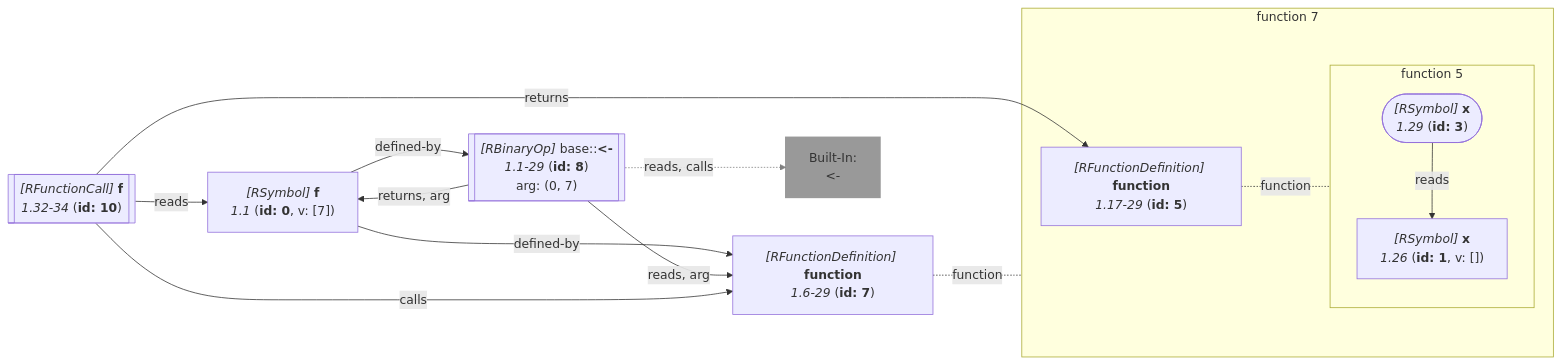
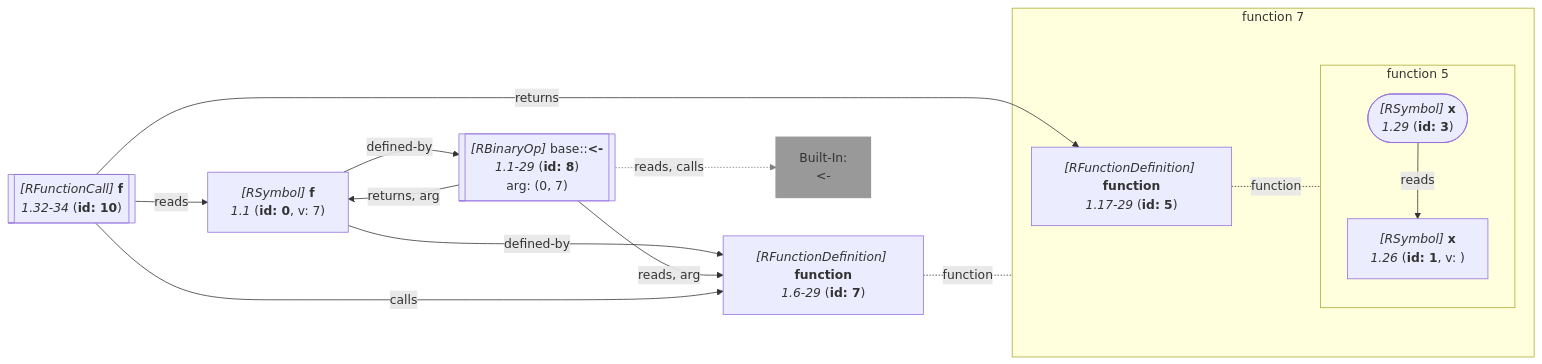
One commit to flowr-analysis/flowr changed diagram 14 of 21 in wiki/Query API.md. Above: the diagram before and after it, drawn with Mermaid. The commit also changed other lines of this file and 36 other files, not shown here.

````diff
--- a/wiki/Query API.md
+++ b/wiki/Query API.md
@@ -5002,52 +5049,52 @@
 ```mermaid
 flowchart LR
     7["`*#91;RFunctionDefinition#93;* **function**
       *1.6-29* (**id: 7**)`"]
 
 subgraph "flow-7" [function 7]
     %% Environment of 5 [level: 1]:
     %% Built-in
-    %% 1075----------------------------------------
-    %% 1076----------------------------------------
+    %% 2551----------------------------------------
+    %% 2552----------------------------------------
     5["`*#91;RFunctionDefinition#93;* **function**
       *1.17-29* (**id: 5**)`"]
 
 subgraph "flow-5" [function 5]
     1["`*#91;RSymbol#93;* **x**
-      *1.26* (**id: 1**, v: [])`"]
+      *1.26* (**id: 1**, v: )`"]
    %% No edges found for 1
     3(["`*#91;RSymbol#93;* **x**
       *1.29* (**id: 3**)`"])
 end
    %% No edges found for 5
 end
    %% No edges found for 7
     0["`*#91;RSymbol#93;* **f**
-      *1.1* (**id: 0**, v: [7])`"]
+      *1.1* (**id: 0**, v: 7)`"]
     8[["`*#91;RBinaryOp#93;* base#58;#58;**#60;#45;**
       *1.1-29* (**id: 8**)
     arg: (0, 7)`"]]
     built-in:_-["`Built-In:
 #60;#45;`"]
     style built-in:_- stroke:gray,fill:gray,stroke-width:2px,opacity:.8;
     %% Environment of 10 [level: 0]:
     %% Built-in
-    %% 1084----------------------------------------
+    %% 2560----------------------------------------
     %%   f: {**f** (id: 0, type: Function, def. @8)}
     10[["`*#91;RFunctionCall#93;* **f**
       *1.32-34* (**id: 10**)`"]]
     3 -->|"reads"| 1
 5 -.-|function| flow-5
 
 7 -.-|function| flow-7
 
     0 -->|"defined-by"| 7
     0 -->|"defined-by"| 8
     8 -->|"reads, arg"| 7
     8 -->|"returns, arg"| 0
     8 -.->|"reads, calls"| built-in:_-
     linkStyle 7 stroke:gray;
     10 -->|"reads"| 0
     10 -->|"returns"| 5
     10 -->|"calls"| 7
 ```
````
